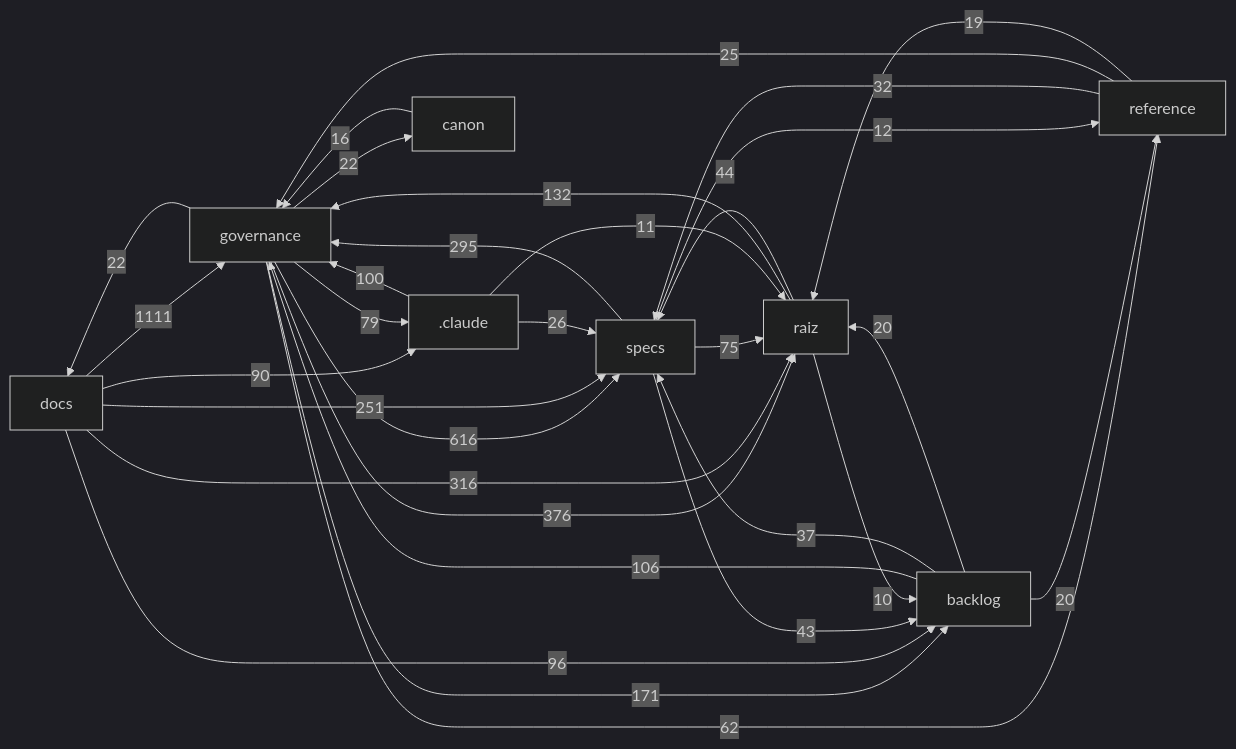
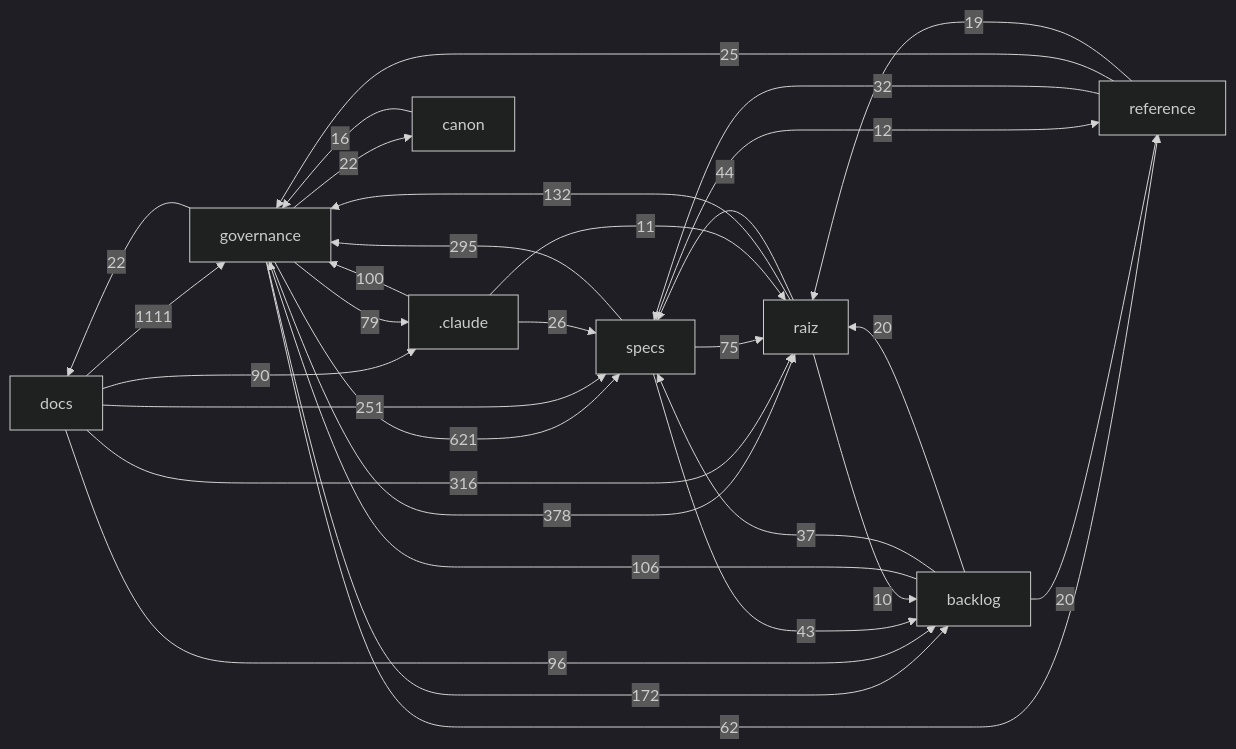
Before and after one commit to Andraus35/Sistema-Operacional-de-Trading--SOT: the diagram in docs/mapa/MAPA-PROJETO.md, drawn with Mermaid (dark theme). The commit also changed other lines of this file and 2 other files, not shown here.

````diff
--- a/docs/mapa/MAPA-PROJETO.md
+++ b/docs/mapa/MAPA-PROJETO.md
@@ -29,33 +29,33 @@
 ```mermaid
 flowchart LR
   docs["docs"] -->|1111| governance["governance"]
-  governance["governance"] -->|616| specs["specs"]
-  governance["governance"] -->|376| raiz["raiz"]
+  governance["governance"] -->|621| specs["specs"]
+  governance["governance"] -->|378| raiz["raiz"]
   docs["docs"] -->|316| raiz["raiz"]
   specs["specs"] -->|295| governance["governance"]
   docs["docs"] -->|251| specs["specs"]
-  governance["governance"] -->|171| backlog["backlog"]
+  governance["governance"] -->|172| backlog["backlog"]
   raiz["raiz"] -->|132| governance["governance"]
   backlog["backlog"] -->|106| governance["governance"]
   _claude[".claude"] -->|100| governance["governance"]
   docs["docs"] -->|96| backlog["backlog"]
   docs["docs"] -->|90| _claude[".claude"]
   governance["governance"] -->|79| _claude[".claude"]
   specs["specs"] -->|75| raiz["raiz"]
   governance["governance"] -->|62| reference["reference"]
   raiz["raiz"] -->|44| specs["specs"]
   specs["specs"] -->|43| backlog["backlog"]
   backlog["backlog"] -->|37| specs["specs"]
   reference["reference"] -->|32| specs["specs"]
   _claude[".claude"] -->|26| specs["specs"]
   reference["reference"] -->|25| governance["governance"]
   governance["governance"] -->|22| docs["docs"]
   governance["governance"] -->|22| canon["canon"]
   backlog["backlog"] -->|20| raiz["raiz"]
   backlog["backlog"] -->|20| reference["reference"]
   reference["reference"] -->|19| raiz["raiz"]
   canon["canon"] -->|16| governance["governance"]
   specs["specs"] -->|12| reference["reference"]
   _claude[".claude"] -->|11| raiz["raiz"]
   raiz["raiz"] -->|10| backlog["backlog"]
 ```
````
